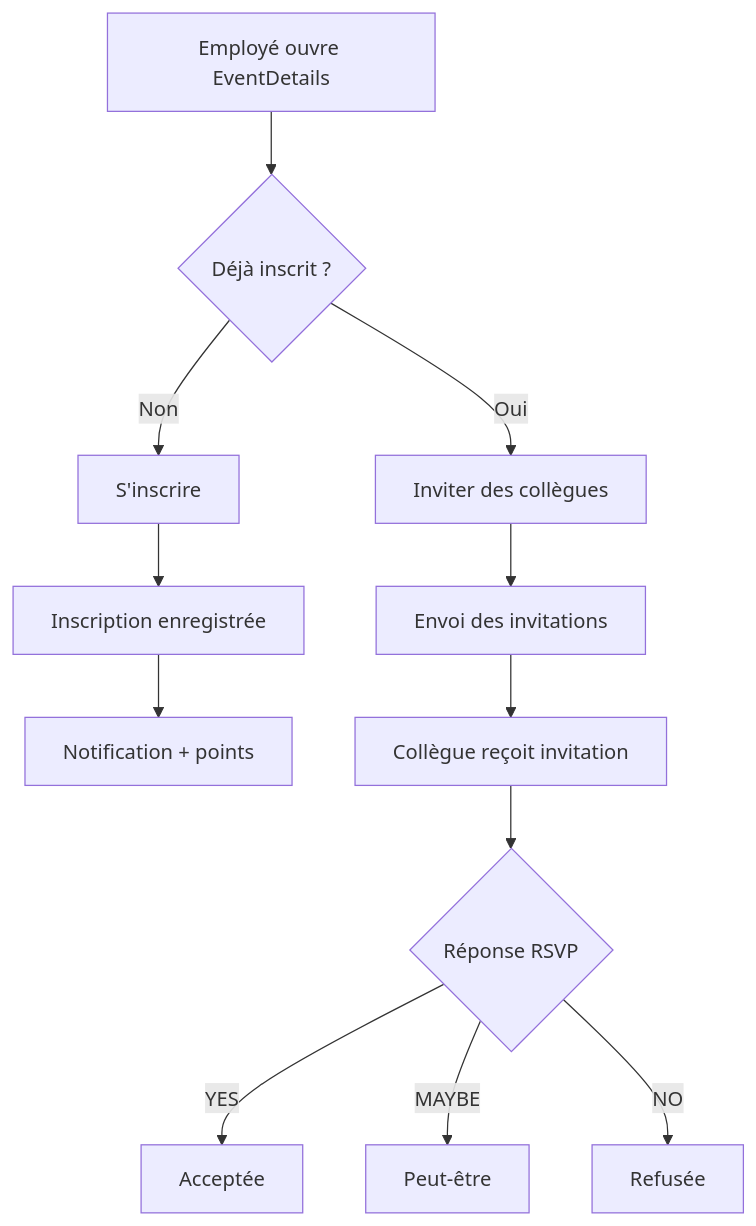
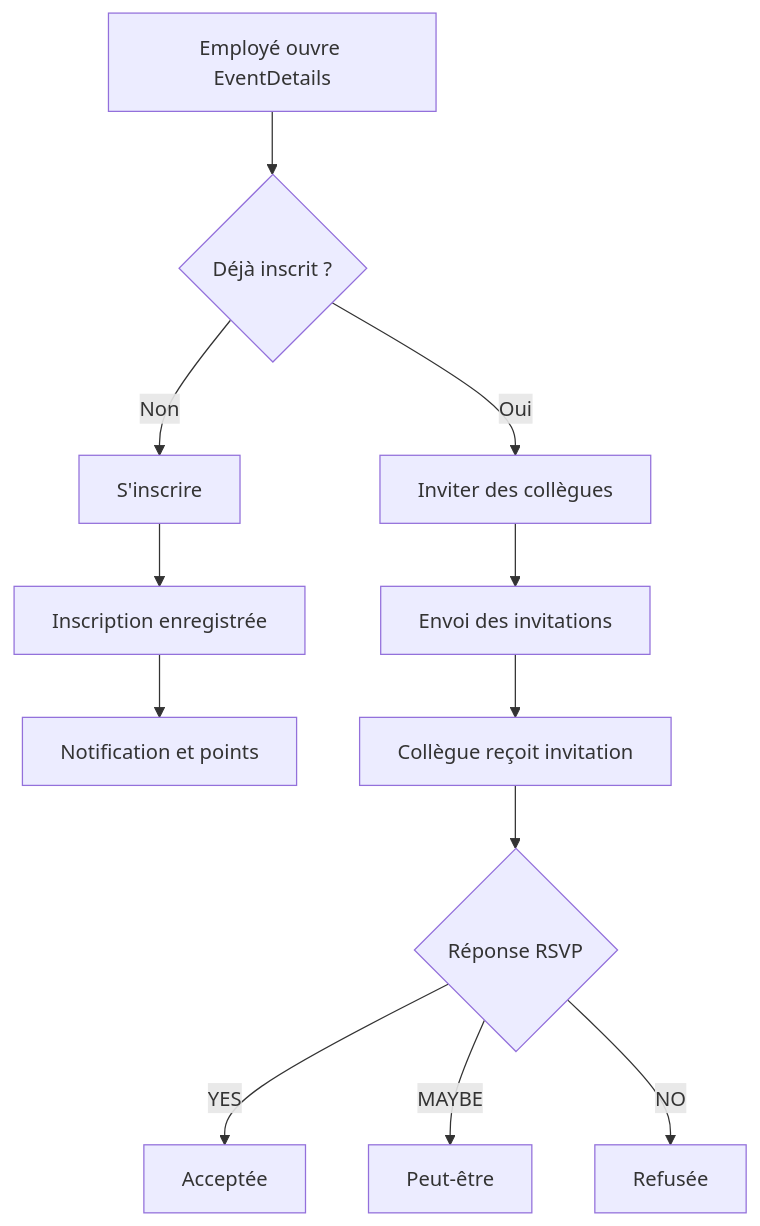
One commit to WissemBagga/capevents changed the diagram in docs/diagrams/07-registration-invitation-flow.md. Above: the diagram before and after it, drawn with Mermaid.

````diff
--- a/docs/diagrams/07-registration-invitation-flow.md
+++ b/docs/diagrams/07-registration-invitation-flow.md
@@ -3,15 +3,15 @@
 ```mermaid
 flowchart TD
     A[Employé ouvre EventDetails] --> B{Déjà inscrit ?}
     B -- Non --> C[S'inscrire]
     C --> D[Inscription enregistrée]
-    D --> E[Notification + points]
+    D --> E[Notification et points]
 
     B -- Oui --> F[Inviter des collègues]
     F --> G[Envoi des invitations]
     G --> H[Collègue reçoit invitation]
     H --> I{Réponse RSVP}
     I -- YES --> J[Acceptée]
     I -- MAYBE --> K[Peut-être]
     I -- NO --> L[Refusée]
 ```
````
